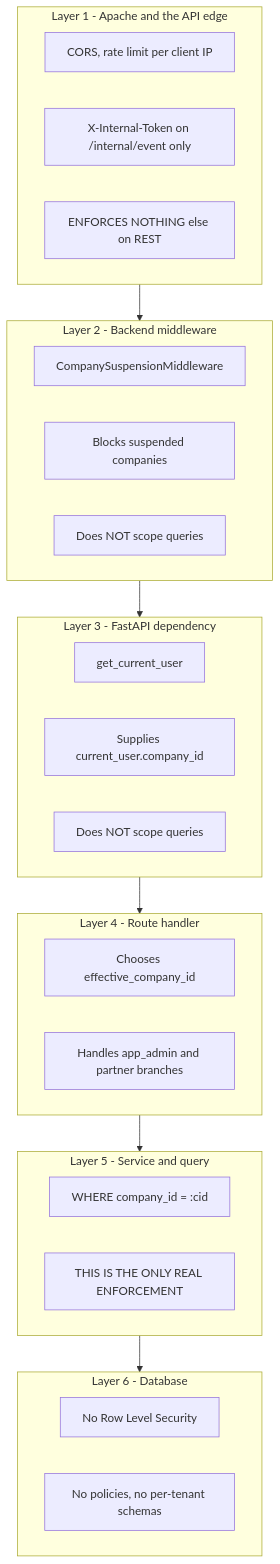
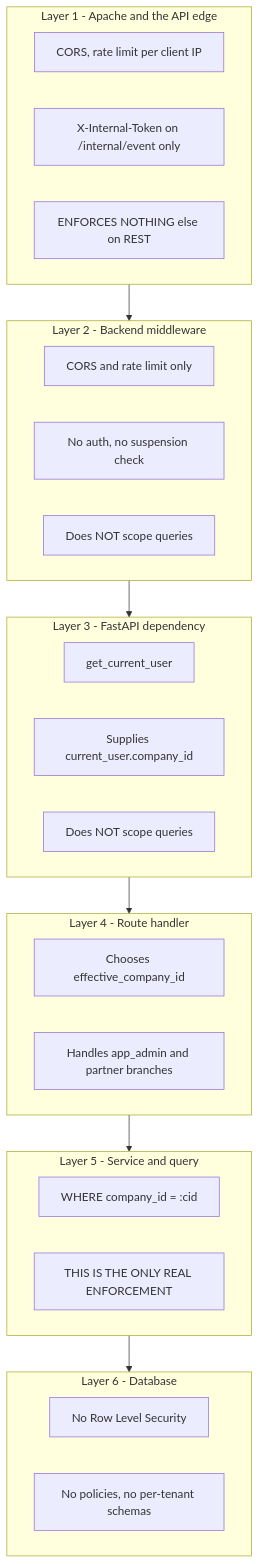
Before and after one commit to gondolerahul/hire-buddha-app: diagram 12 of 20 in docs/current/04-auth-rbac-tenancy.md, drawn with Mermaid. The commit also changed other lines of this file and 9 other files, not shown here.

First line of the commit message:
fix(api): suspension is checked once, by the auth dependency (SA-18)

````diff
--- a/docs/current/04-auth-rbac-tenancy.md
+++ b/docs/current/04-auth-rbac-tenancy.md
@@ -824,32 +824,32 @@
 ```mermaid
 graph TB
     subgraph L1["Layer 1 - Apache and the API edge"]
         G1["CORS, rate limit per client IP"]
         G2["X-Internal-Token on /internal/event only"]
         G3["ENFORCES NOTHING else on REST"]
     end
     subgraph L2["Layer 2 - Backend middleware"]
-        M1["CompanySuspensionMiddleware"]
-        M2["Blocks suspended companies"]
+        M1["CORS and rate limit only"]
+        M2["No auth, no suspension check"]
         M3["Does NOT scope queries"]
     end
     subgraph L3["Layer 3 - FastAPI dependency"]
         D1["get_current_user"]
         D2["Supplies current_user.company_id"]
         D3["Does NOT scope queries"]
     end
     subgraph L4["Layer 4 - Route handler"]
         H1["Chooses effective_company_id"]
         H2["Handles app_admin and partner branches"]
     end
     subgraph L5["Layer 5 - Service and query"]
         S1["WHERE company_id = :cid"]
         S2["THIS IS THE ONLY REAL ENFORCEMENT"]
     end
     subgraph L6["Layer 6 - Database"]
         DB1["No Row Level Security"]
         DB2["No policies, no per-tenant schemas"]
     end
 
     L1 --> L2 --> L3 --> L4 --> L5 --> L6
 ```
````
